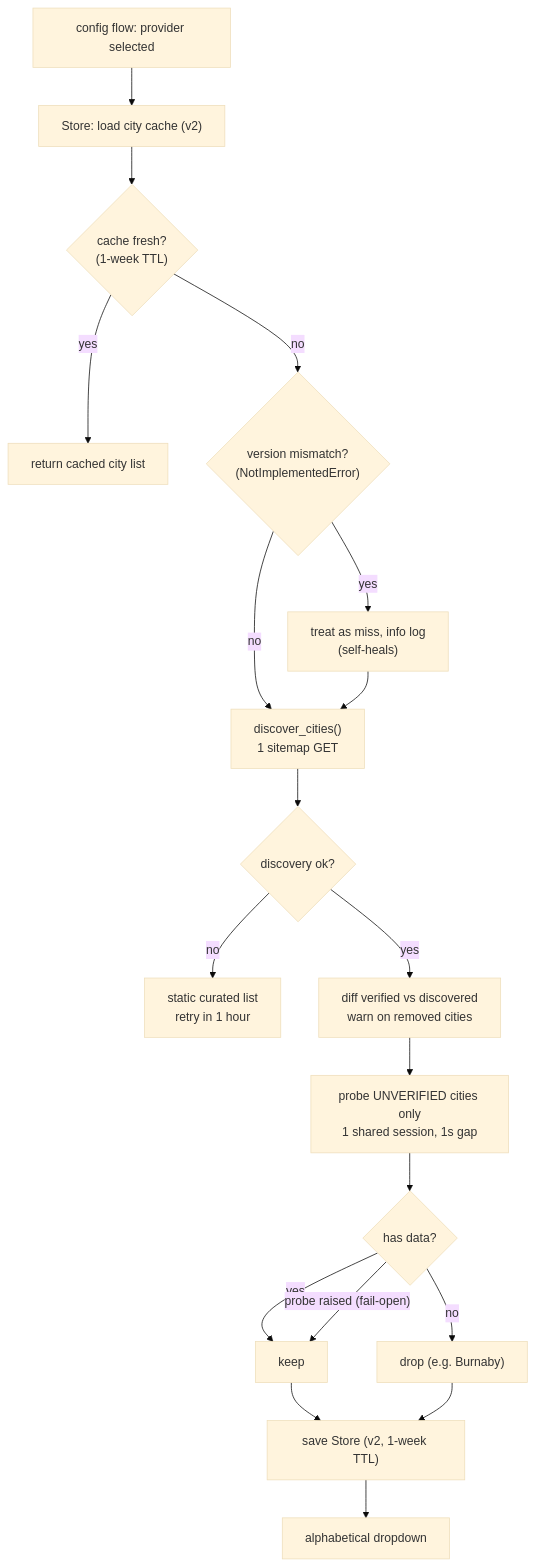
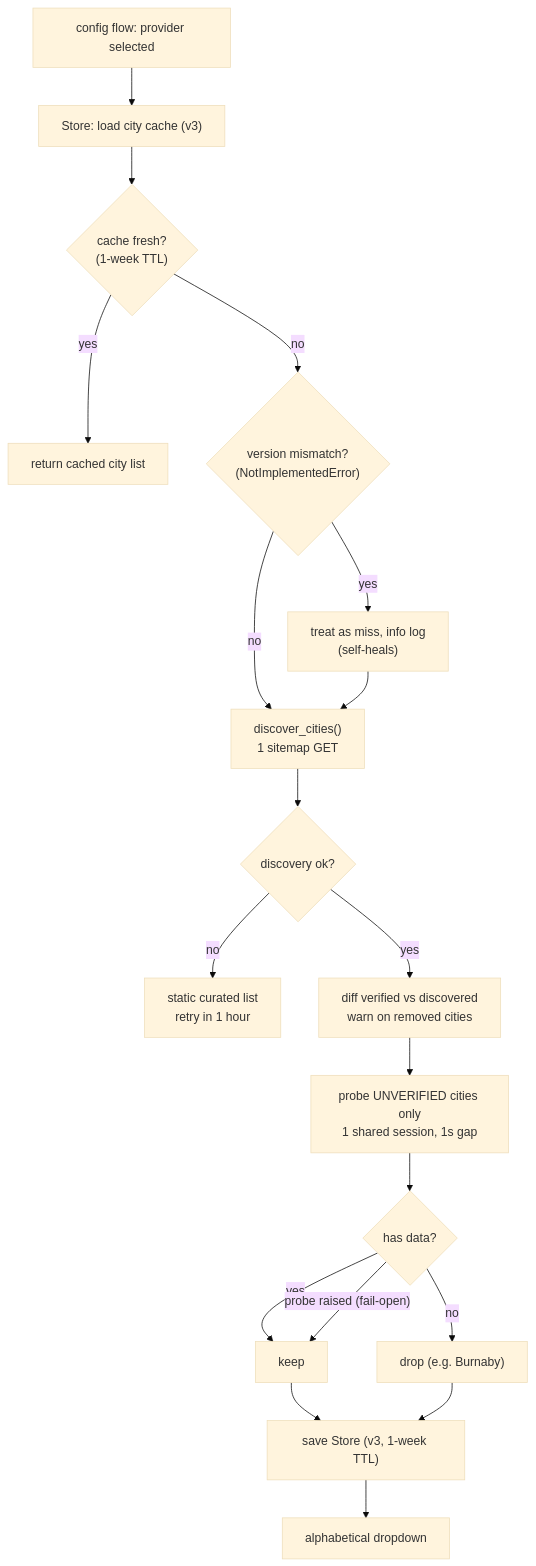
Before and after one commit to meokey/smart-fuel-price: the third of 5 diagrams in docs/Architecture.md, drawn with Mermaid (base theme). The commit also changed other lines of this file and 3 other files, not shown here.

Commit message:
docs sweep: verify docs/ against v2.7.6 (Architecture marker + NRC/comparison side effects + cache v3 + union rule; Configuration NRC section; Home four sources; provider guide city hooks)

````diff
--- a/docs/Architecture.md
+++ b/docs/Architecture.md
@@ -114,22 +118,22 @@
 ```mermaid
 flowchart TD
     A["config flow: provider selected"]
-    A --> B["Store: load city cache (v2)"]
+    A --> B["Store: load city cache (v3)"]
     B --> C{"cache fresh?<br/>(1-week TTL)"}
     C -->|"yes"| D["return cached city list"]
     C -->|"no"| E{"version mismatch?<br/>(NotImplementedError)"}
     E -->|"yes"| F["treat as miss, info log<br/>(self-heals)"]
     E -->|"no"| G["discover_cities()<br/>1 sitemap GET"]
     F --> G
     G --> H{"discovery ok?"}
     H -->|"no"| I["static curated list<br/>retry in 1 hour"]
     H -->|"yes"| J["diff verified vs discovered<br/>warn on removed cities"]
     J --> K["probe UNVERIFIED cities only<br/>1 shared session, 1s gap"]
     K --> L{"has data?"}
     L -->|"yes"| M["keep"]
     L -->|"probe raised (fail-open)"| M
     L -->|"no"| N["drop (e.g. Burnaby)"]
-    M --> O["save Store (v2, 1-week TTL)"]
+    M --> O["save Store (v3, 1-week TTL)"]
     N --> O
     O --> P["alphabetical dropdown"]
 ```
````
